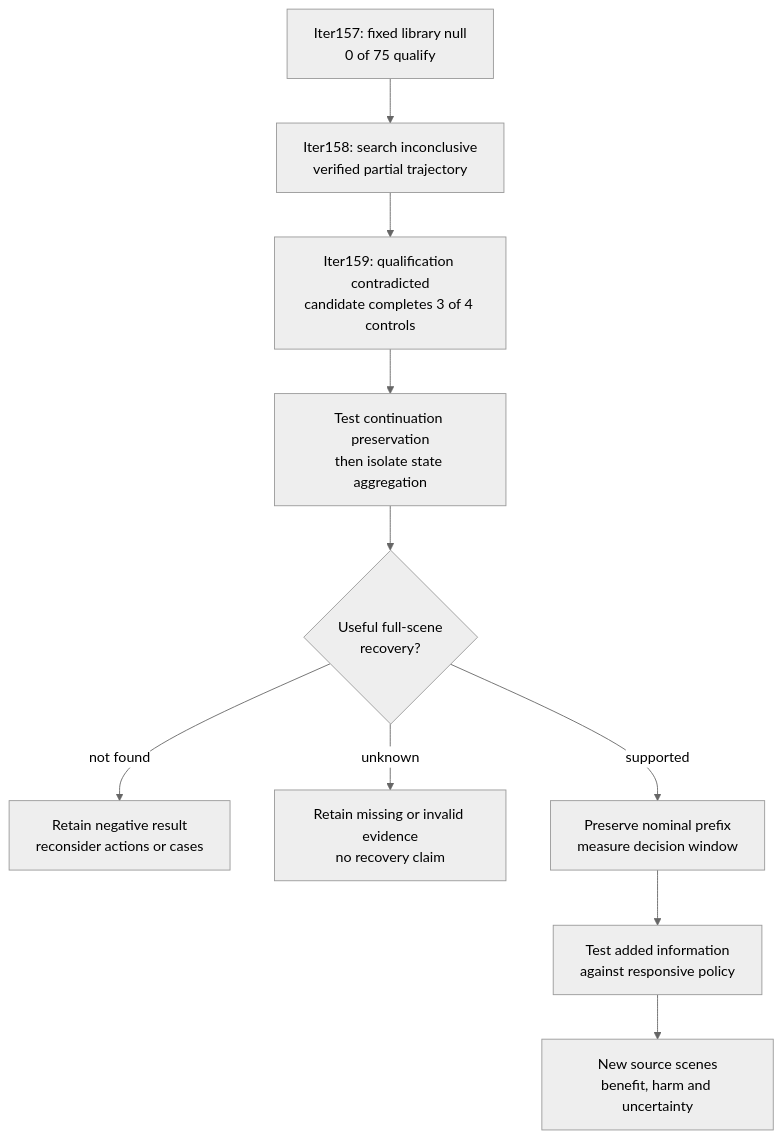
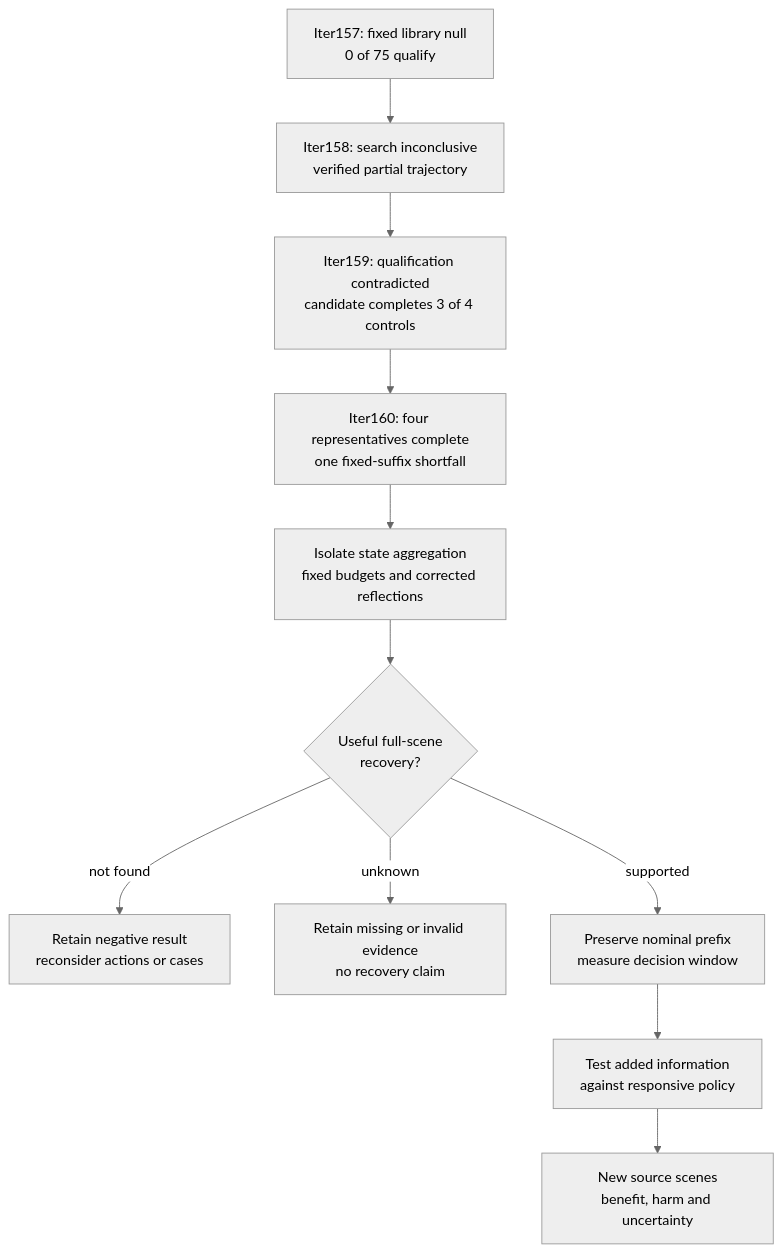
Before and after one commit to manfromnowhere143/sentinel: the third of 3 diagrams in README.md, drawn with Mermaid (neutral theme). The commit also changed other lines of this file and 27 other files, not shown here.

Commit message:
Close Iter160 with one bounded terminal difference and unresolved search causation

````diff
--- a/README.md
+++ b/README.md
@@ -520,14 +539,15 @@
 ```mermaid
 flowchart TB
   accTitle: The proposed route from collision replay to information benefit
   accDescr: Complete constraints reject the retained library. A new action opportunity and native recovery must precede information testing.
   C["Iter157: fixed library null<br/>0 of 75 qualify"] --> A["Iter158: search inconclusive<br/>verified partial trajectory"]
   A --> Q["Iter159: qualification contradicted<br/>candidate completes 3 of 4 controls"]
-  Q --> S["Test continuation preservation<br/>then isolate state aggregation"]
+  Q --> K["Iter160: four representatives complete<br/>one fixed-suffix shortfall"]
+  K --> S["Isolate state aggregation<br/>fixed budgets and corrected reflections"]
   S --> R{"Useful full-scene<br/>recovery?"}
   R -- "not found" --> N["Retain negative result<br/>reconsider actions or cases"]
   R -- "unknown" --> U["Retain missing or invalid evidence<br/>no recovery claim"]
   R -- "supported" --> W["Preserve nominal prefix<br/>measure decision window"]
   W --> I["Test added information<br/>against responsive policy"]
   I --> H["New source scenes<br/>benefit, harm and uncertainty"]
 ```
````
